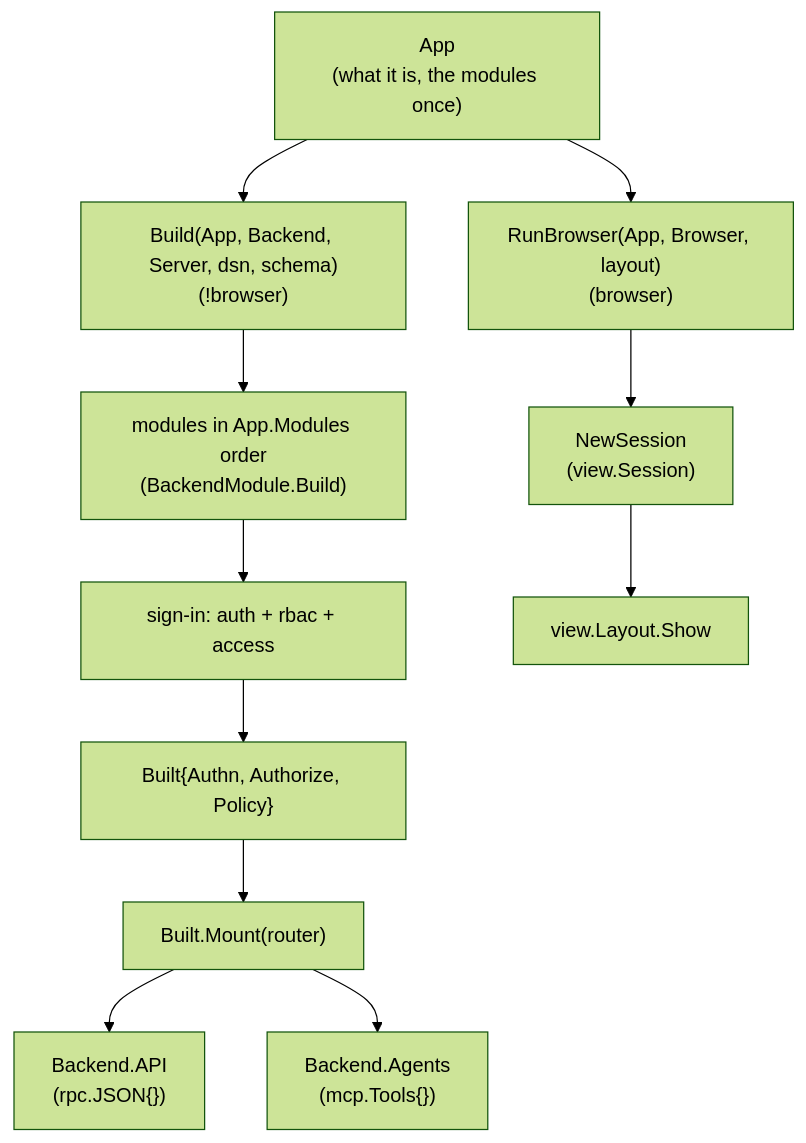
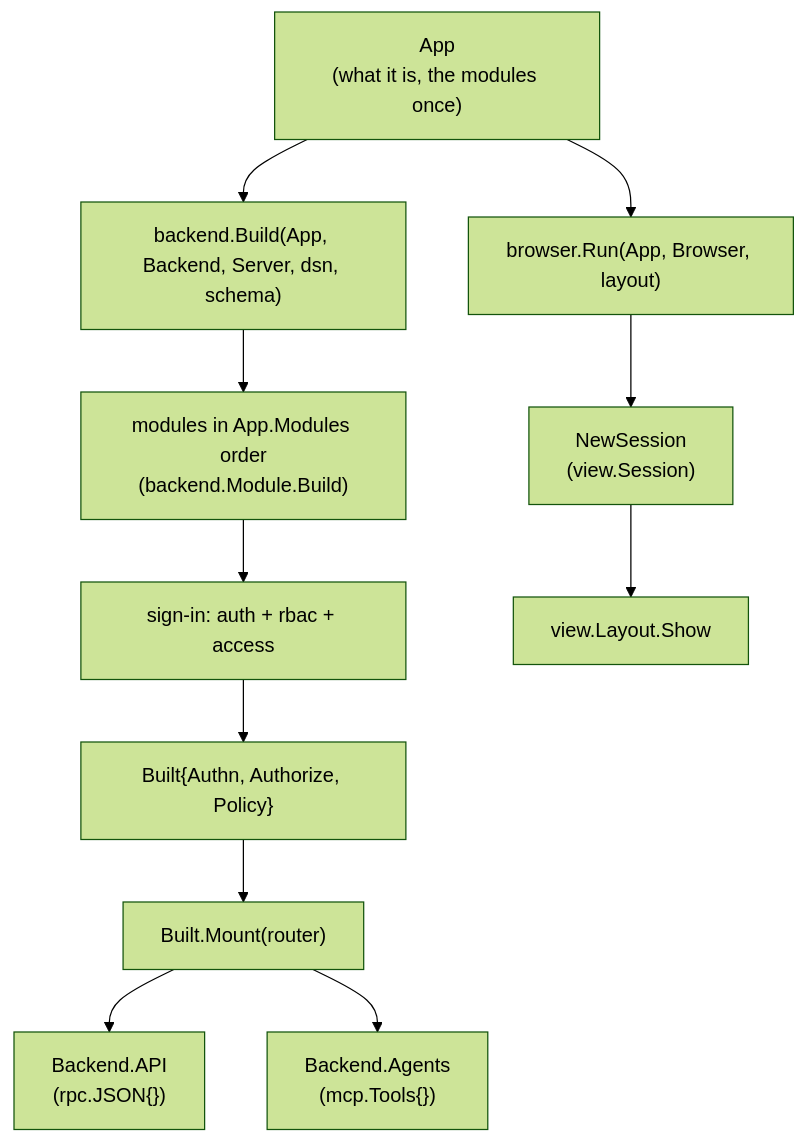
Before and after one commit to webtyp/appkit: the diagram in docs/ARCHITECTURE.md, drawn with Mermaid (forest theme). The commit also changed other lines of this file and 20 other files, not shown here.

````diff
--- a/docs/ARCHITECTURE.md
+++ b/docs/ARCHITECTURE.md
@@ -7,12 +7,12 @@
 ```mermaid
 flowchart TD
-    App["App<br/>(what it is, the modules once)"] --> Build["Build(App, Backend, Server, dsn, schema)<br/>(!browser)"]
-    App --> Run["RunBrowser(App, Browser, layout)<br/>(browser)"]
-    Build --> Modules["modules in App.Modules order<br/>(BackendModule.Build)"]
+    App["App<br/>(what it is, the modules once)"] --> Build["backend.Build(App, Backend, Server, dsn, schema)"]
+    App --> Run["browser.Run(App, Browser, layout)"]
+    Build --> Modules["modules in App.Modules order<br/>(backend.Module.Build)"]
     Modules --> SignIn["sign-in: auth + rbac + access"]
     SignIn --> Built["Built{Authn, Authorize, Policy}"]
     Built --> Mount["Built.Mount(router)"]
     Mount --> API["Backend.API<br/>(rpc.JSON{})"]
     Mount --> Agents["Backend.Agents<br/>(mcp.Tools{})"]
     Run --> Session["NewSession<br/>(view.Session)"] --> Layout["view.Layout.Show"]
 ```
````
